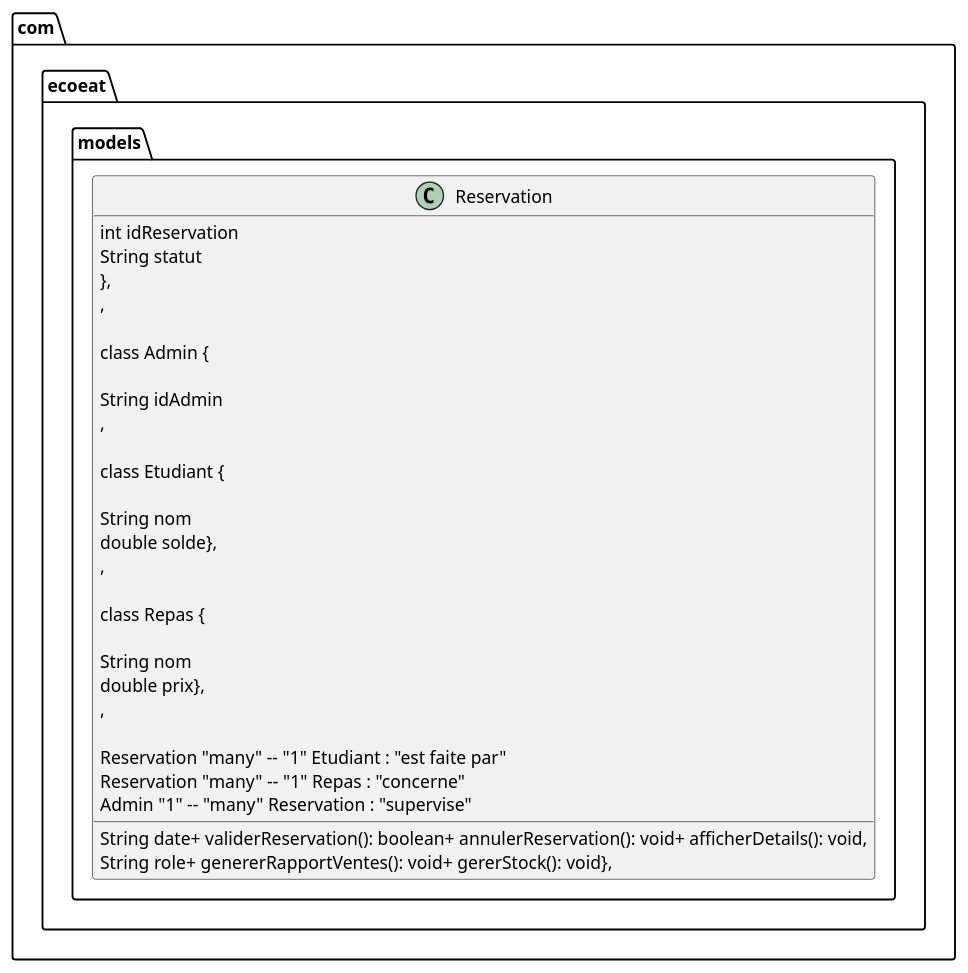
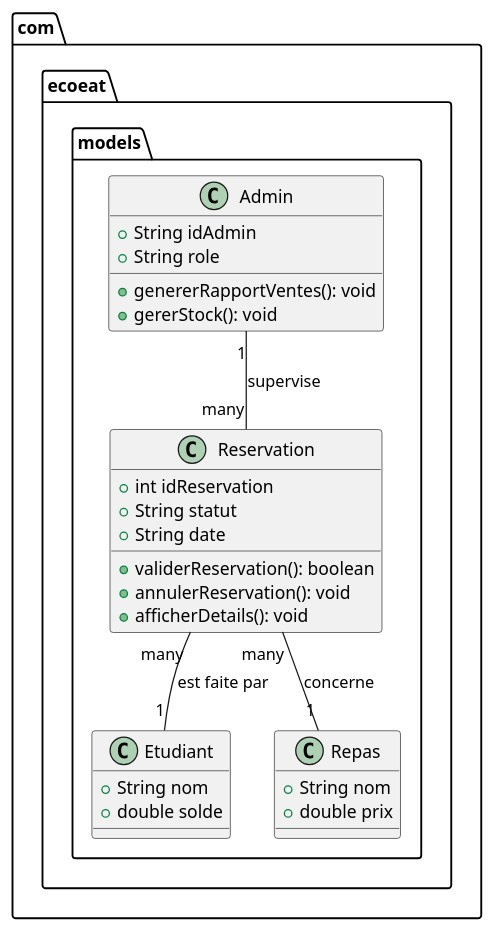
The diagram in src/com/ecoeat/models/Diagrammes/class_diagram.puml (malekkhaloui453-sudo/EcoEat), drawn with PlantUML before and after one commit.

```diff
--- a/src/com/ecoeat/models/Diagrammes/class_diagram.puml
+++ b/src/com/ecoeat/models/Diagrammes/class_diagram.puml
@@ -1,34 +1,34 @@
 @startuml
 package com.ecoeat.models {
     class Reservation {
-        
-int idReservation
-String statut
-String date+ validerReservation(): boolean+ annulerReservation(): void+ afficherDetails(): void,
-},
-,
+        +int idReservation
+        +String statut
+        +String date
+        +validerReservation(): boolean
+        +annulerReservation(): void
+        +afficherDetails(): void
+    }
 
     class Admin {
-        
-String idAdmin
-String role+ genererRapportVentes(): void+ gererStock(): void},
-,
+        +String idAdmin
+        +String role
+        +genererRapportVentes(): void
+        +gererStock(): void
+    }
 
     class Etudiant {
-        
-String nom
-double solde},
-,
+        +String nom
+        +double solde
+    }
 
     class Repas {
-        
-String nom
-double prix},
-,
+        +String nom
+        +double prix
+    }
 
     ' Relationships
     Reservation "many" -- "1" Etudiant : "est faite par"
     Reservation "many" -- "1" Repas : "concerne"
     Admin "1" -- "many" Reservation : "supervise"
 }
 @enduml
```
